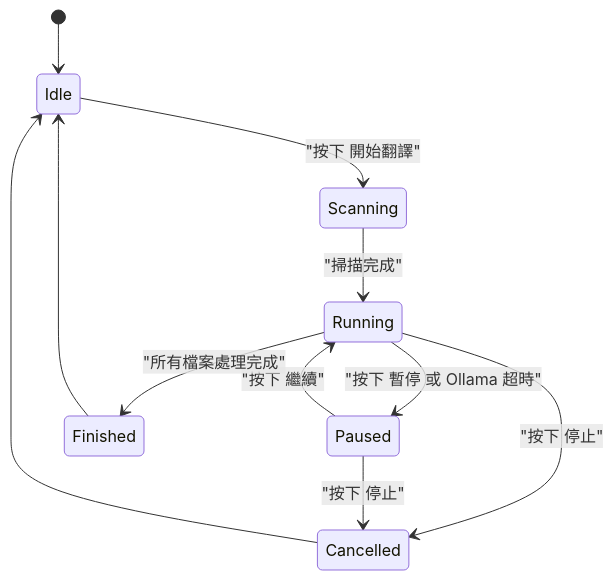
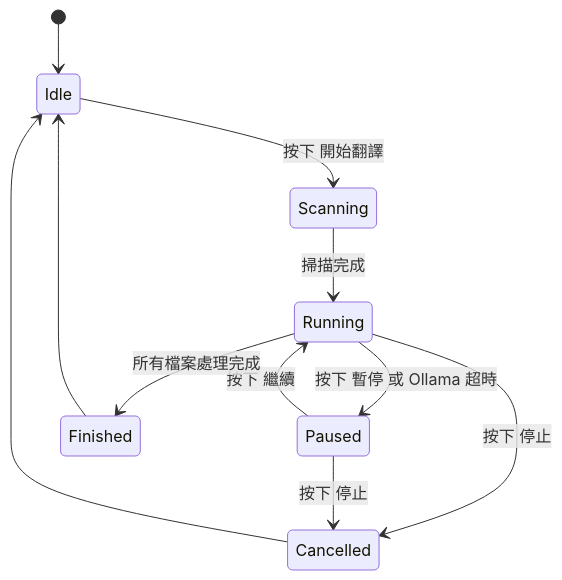
The diagram in docs/architecture/state_management.md (mn12345678910/mc_translator), drawn with Mermaid before and after one commit. The commit also changed 1 other file, not shown here.

Commit message:
修復：修正格式錯誤的 Mermaid 語法，移除箭頭描述文字的引號

````diff
--- a/docs/architecture/state_management.md
+++ b/docs/architecture/state_management.md
@@ -13,13 +13,13 @@
 ```mermaid
 stateDiagram-v2
     [*] --> Idle
-    Idle --> Scanning: "按下 開始翻譯"
-    Scanning --> Running: "掃描完成"
-    Running --> Paused: "按下 暫停 或 Ollama 超時"
-    Paused --> Running: "按下 繼續"
-    Running --> Finished: "所有檔案處理完成"
-    Running --> Cancelled: "按下 停止"
-    Paused --> Cancelled: "按下 停止"
+    Idle --> Scanning: 按下 開始翻譯
+    Scanning --> Running: 掃描完成
+    Running --> Paused: 按下 暫停 或 Ollama 超時
+    Paused --> Running: 按下 繼續
+    Running --> Finished: 所有檔案處理完成
+    Running --> Cancelled: 按下 停止
+    Paused --> Cancelled: 按下 停止
     Finished --> Idle
     Cancelled --> Idle
 ```
````
